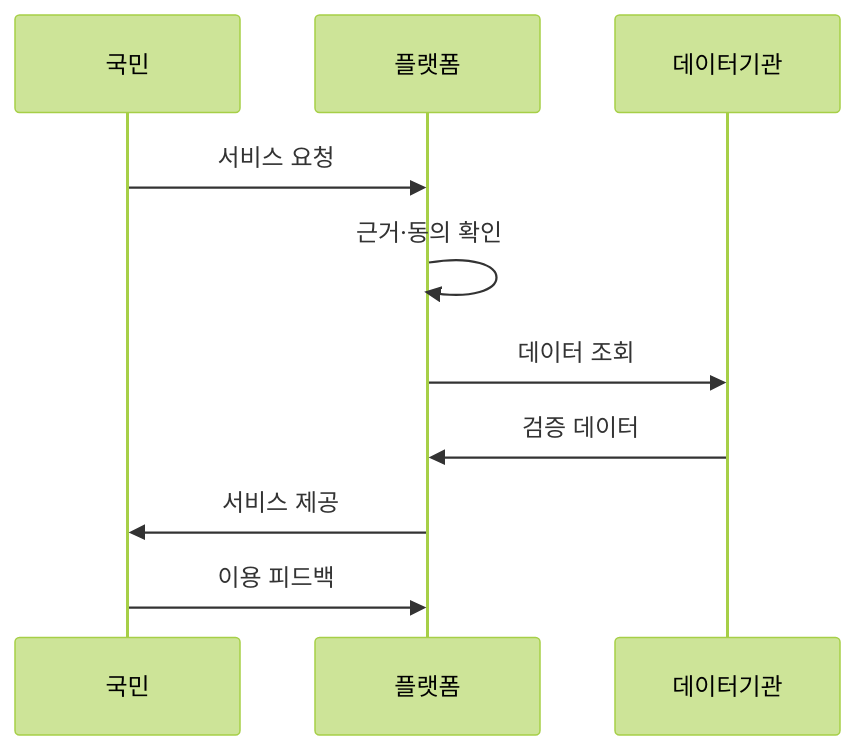
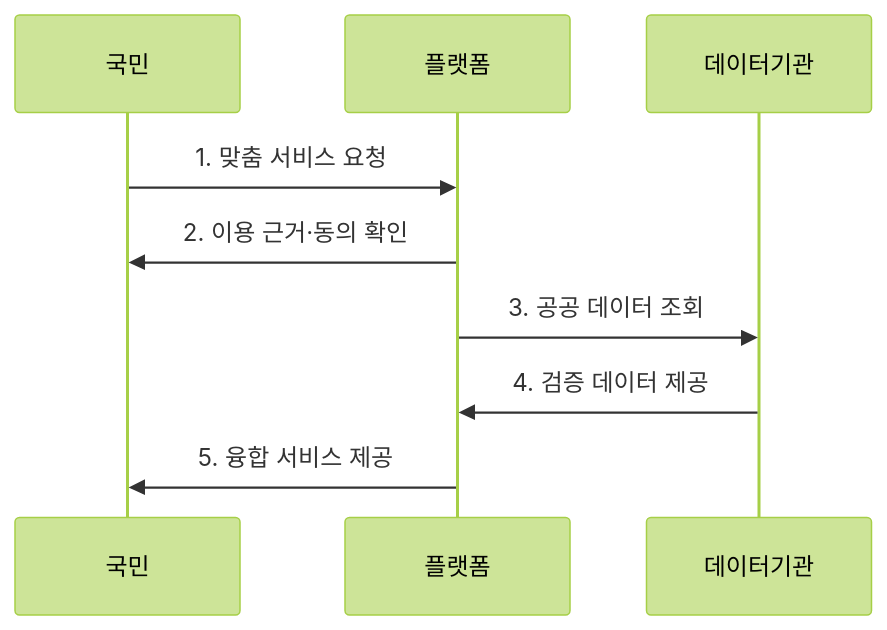
One commit to agnusdei1207/knowledge-base changed the second of 2 diagrams in src/content/docs/notes/07-law-policy/009_digital_platform_government.md. Above: the diagram before and after it, drawn with Mermaid (forest theme). The commit also changed other lines of this file and 9 other files, not shown here.

````diff
--- a/src/content/docs/notes/07-law-policy/009_digital_platform_government.md
+++ b/src/content/docs/notes/07-law-policy/009_digital_platform_government.md
@@ -78,12 +73,11 @@
 ```mermaid
 sequenceDiagram
     participant U as 국민
     participant P as 플랫폼
     participant D as 데이터기관
-    U->>P: 서비스 요청
-    P->>P: 근거·동의 확인
-    P->>D: 데이터 조회
-    D->>P: 검증 데이터
-    P->>U: 서비스 제공
-    U->>P: 이용 피드백
+    U->>P: 1. 맞춤 서비스 요청
+    P->>U: 2. 이용 근거·동의 확인
+    P->>D: 3. 공공 데이터 조회
+    D->>P: 4. 검증 데이터 제공
+    P->>U: 5. 융합 서비스 제공
 ```
````
